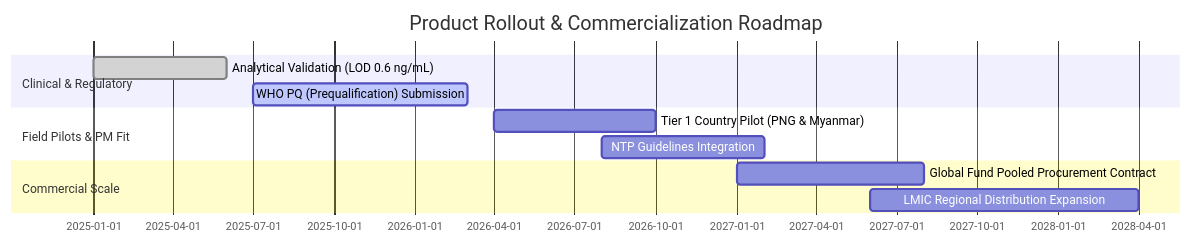
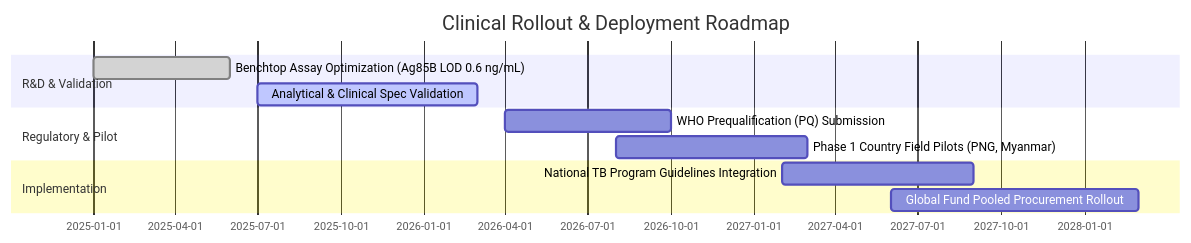
The third of 3 diagrams in PRODUCT_CASE_STUDY.md (Mathedu-pandian/tb-diagnostic-gap-analysis), drawn with Mermaid before and after one commit. The commit also changed other lines of this file and 1 other file, not shown here.

````diff
--- a/PRODUCT_CASE_STUDY.md
+++ b/PRODUCT_CASE_STUDY.md
@@ -110,14 +127,14 @@
 ```mermaid
 gantt
-    title Product Rollout & Commercialization Roadmap
+    title Clinical Rollout & Deployment Roadmap
     dateFormat  YYYY-MM
-    section Clinical & Regulatory
-    Analytical Validation (LOD 0.6 ng/mL)   :done, 2025-01, 2025-06
-    WHO PQ (Prequalification) Submission   :active, 2025-07, 2026-03
-    section Field Pilots & PM Fit
-    Tier 1 Country Pilot (PNG & Myanmar)    :2026-04, 2026-10
-    NTP Guidelines Integration             :2026-08, 2027-02
-    section Commercial Scale
-    Global Fund Pooled Procurement Contract :2027-01, 2027-08
-    LMIC Regional Distribution Expansion    :2027-06, 2028-04
+    section R&D & Validation
+    Benchtop Assay Optimization (Ag85B LOD 0.6 ng/mL) :done, 2025-01, 2025-06
+    Analytical & Clinical Spec Validation           :active, 2025-07, 2026-03
+    section Regulatory & Pilot
+    WHO Prequalification (PQ) Submission             :2026-04, 2026-10
+    Phase 1 Country Field Pilots (PNG, Myanmar)      :2026-08, 2027-03
+    section Implementation
+    National TB Program Guidelines Integration       :2027-02, 2027-09
+    Global Fund Pooled Procurement Rollout           :2027-06, 2028-03
 ```
````
